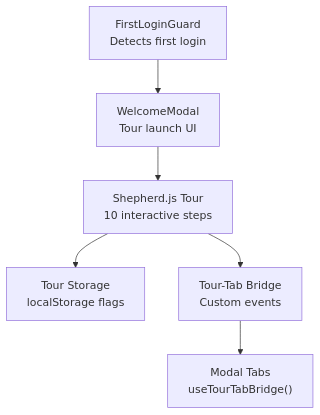
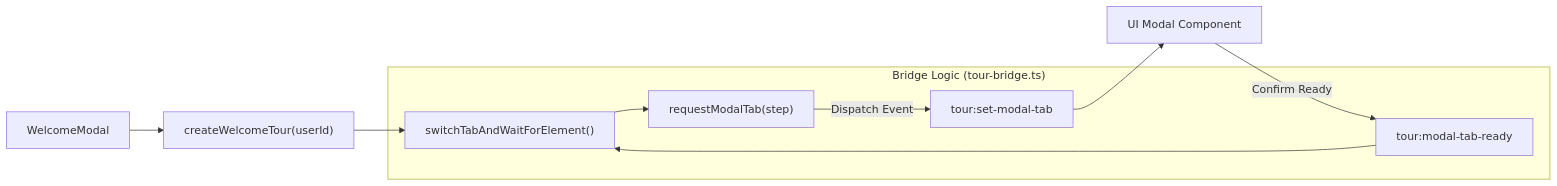
Before and after one commit to AutomatosAI/automatos-ai: the second of 2 diagrams in docs/frontend-architecture/_index.md, drawn with Mermaid. The commit also changed other lines of this file and 149 other files, not shown here.

Commit message:
docs: refresh documentation with graphify semantic scan

````diff
--- a/docs/frontend-architecture/_index.md
+++ b/docs/frontend-architecture/_index.md
@@ -813,17 +150,18 @@
 ```mermaid
-graph TB
-    FirstLogin["FirstLoginGuard<br/>Detects first login"]
-    WelcomeModal["WelcomeModal<br/>Tour launch UI"]
-    ShepherdTour["Shepherd.js Tour<br/>10 interactive steps"]
+graph LR
+    WelcomeModal["WelcomeModal"] --> createWelcomeTour["createWelcomeTour(userId)"]
     
-    TourStorage["Tour Storage<br/>localStorage flags"]
-    TourBridge["Tour-Tab Bridge<br/>Custom events"]
+    subgraph "Bridge Logic (tour-bridge.ts)"
+        requestModalTab["requestModalTab(step)"]
+        switchTabAndWait["switchTabAndWaitForElement()"]
+        SET_MODAL_TAB["tour:set-modal-tab"]
+        MODAL_TAB_READY["tour:modal-tab-ready"]
+    end
     
-    ModalTabs["Modal Tabs<br/>useTourTabBridge()"]
-    
-    FirstLogin --> WelcomeModal
-    WelcomeModal --> ShepherdTour
-    ShepherdTour --> TourStorage
-    ShepherdTour --> TourBridge
-    TourBridge --> ModalTabs
+    createWelcomeTour --> switchTabAndWait
+    switchTabAndWait --> requestModalTab
+    requestModalTab -- "Dispatch Event" --> SET_MODAL_TAB
+    SET_MODAL_TAB --> ModalTabs["UI Modal Component"]
+    ModalTabs -- "Confirm Ready" --> MODAL_TAB_READY
+    MODAL_TAB_READY --> switchTabAndWait
 ```
````
